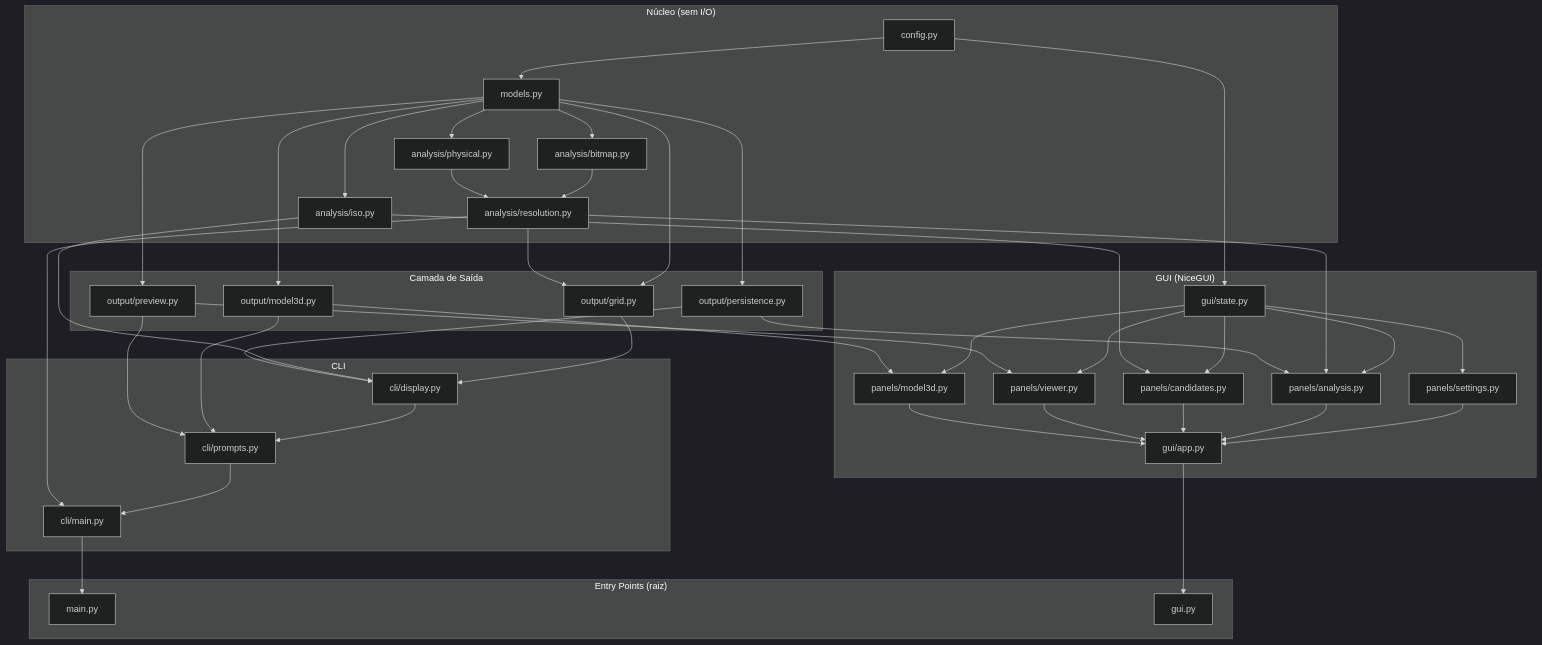
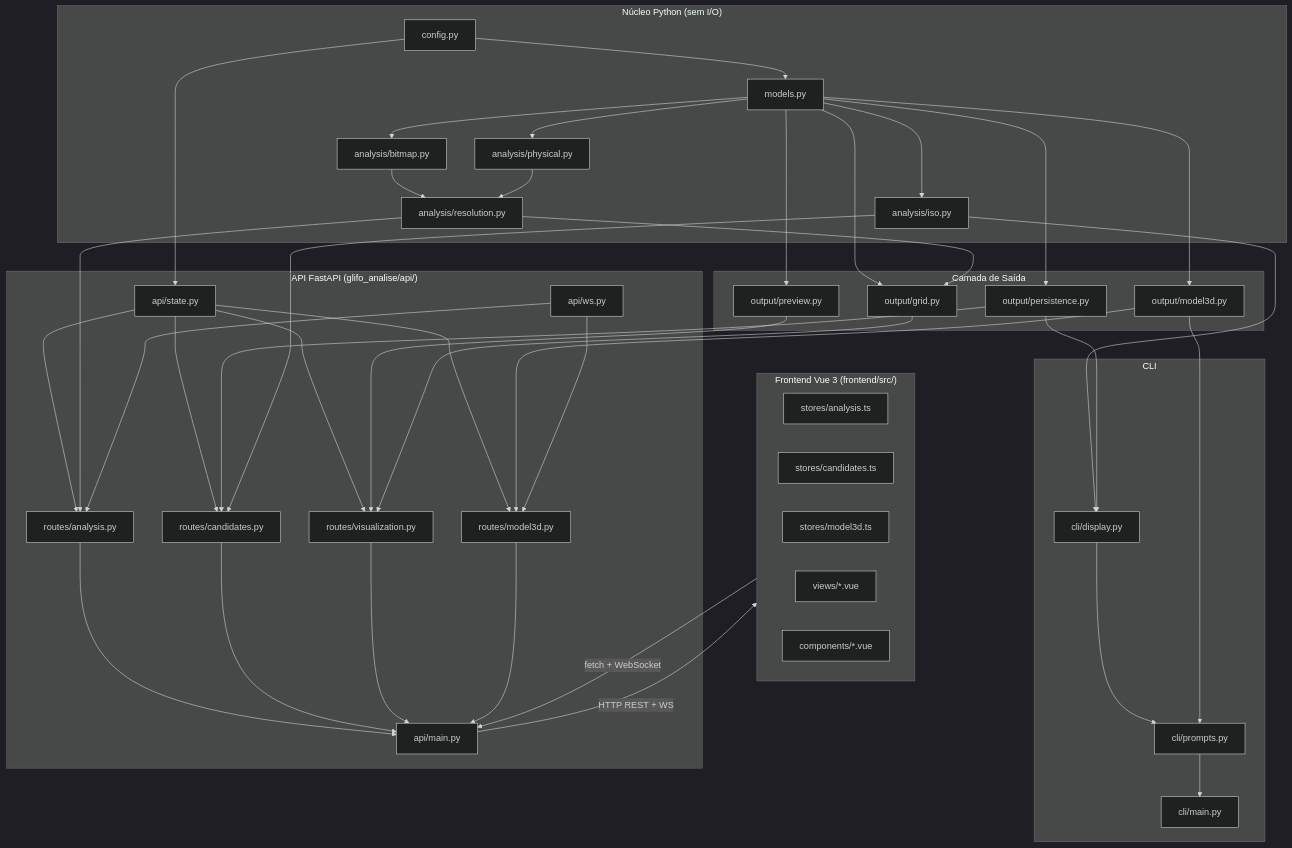
One commit to maxwellamaral/glifo-analise changed the diagram in specs/architecture.md. Above: the diagram before and after it, drawn with Mermaid (dark theme). The commit also changed other lines of this file and 56 other files, not shown here.

Commit message:
feat: retirado NiceGUI e incluído o vuej.js. Arquitetura refeita

````diff
--- a/specs/architecture.md
+++ b/specs/architecture.md
@@ -75,6 +98,6 @@
 ```mermaid
 graph TD
-    subgraph Core ["Núcleo (sem I/O)"]
+    subgraph Core ["Núcleo Python (sem I/O)"]
         config["config.py"]
         models["models.py"]
         bitmap["analysis/bitmap.py"]
@@ -85,7 +108,7 @@
 
     subgraph OutputLayer ["Camada de Saída"]
         grid["output/grid.py"]
-        model3d["output/model3d.py"]
+        model3d_out["output/model3d.py"]
         preview["output/preview.py"]
         persistence["output/persistence.py"]
     end
@@ -96,19 +119,22 @@
         cli_main["cli/main.py"]
     end
 
-    subgraph GUI ["GUI (NiceGUI)"]
-        state["gui/state.py"]
-        p_settings["panels/settings.py"]
-        p_analysis["panels/analysis.py"]
-        p_candidates["panels/candidates.py"]
-        p_viewer["panels/viewer.py"]
-        p_model3d["panels/model3d.py"]
-        gui_app["gui/app.py"]
+    subgraph API ["API FastAPI (glifo_analise/api/)"]
+        state["api/state.py"]
+        ws_mgr["api/ws.py"]
+        r_analysis["routes/analysis.py"]
+        r_candidates["routes/candidates.py"]
+        r_vis["routes/visualization.py"]
+        r_model3d["routes/model3d.py"]
+        api_main["api/main.py"]
     end
 
-    subgraph Shims ["Entry Points (raiz)"]
-        main_py["main.py"]
-        gui_py["gui.py"]
+    subgraph Frontend ["Frontend Vue 3 (frontend/src/)"]
+        store_analysis["stores/analysis.ts"]
+        store_cands["stores/candidates.ts"]
+        store_model3d["stores/model3d.ts"]
+        views["views/*.vue"]
+        components["components/*.vue"]
     end
 
     config --> models
@@ -119,38 +145,36 @@
     models --> iso
 
     models --> grid
-    models --> model3d
+    models --> model3d_out
     models --> preview
     models --> persistence
 
     resolution --> grid
-    grid --> display
     iso --> display
     persistence --> display
     display --> prompts
-    model3d --> prompts
-    preview --> prompts
+    model3d_out --> prompts
     prompts --> cli_main
-    resolution --> cli_main
 
     config --> state
-    state --> p_settings
-    state --> p_analysis
-    state --> p_candidates
-    state --> p_viewer
-    state --> p_model3d
-    resolution --> p_analysis
-    persistence --> p_analysis
-    iso --> p_candidates
-    preview --> p_viewer
-    model3d --> p_model3d
+    state --> r_analysis
+    state --> r_candidates
+    state --> r_vis
+    state --> r_model3d
+    resolution --> r_analysis
+    persistence --> r_candidates
+    iso --> r_candidates
+    preview --> r_vis
+    grid --> r_vis
+    model3d_out --> r_model3d
+    ws_mgr --> r_analysis
+    ws_mgr --> r_model3d
 
-    p_settings --> gui_app
-    p_analysis --> gui_app
-    p_candidates --> gui_app
-    p_viewer --> gui_app
-    p_model3d --> gui_app
+    r_analysis --> api_main
+    r_candidates --> api_main
+    r_vis --> api_main
+    r_model3d --> api_main
 
-    cli_main --> main_py
-    gui_app --> gui_py
+    api_main -->|HTTP REST + WS| Frontend
+    Frontend -->|fetch + WebSocket| api_main
 ```
````
